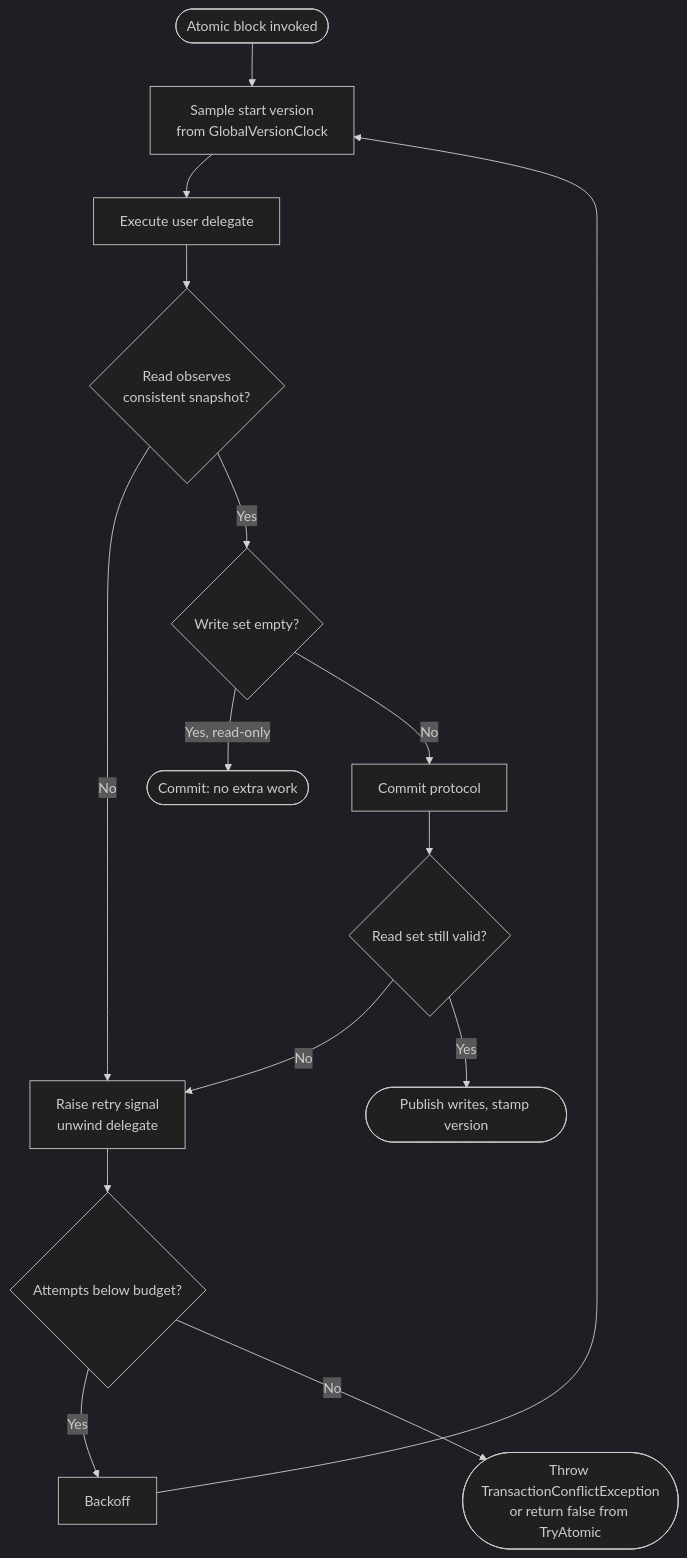
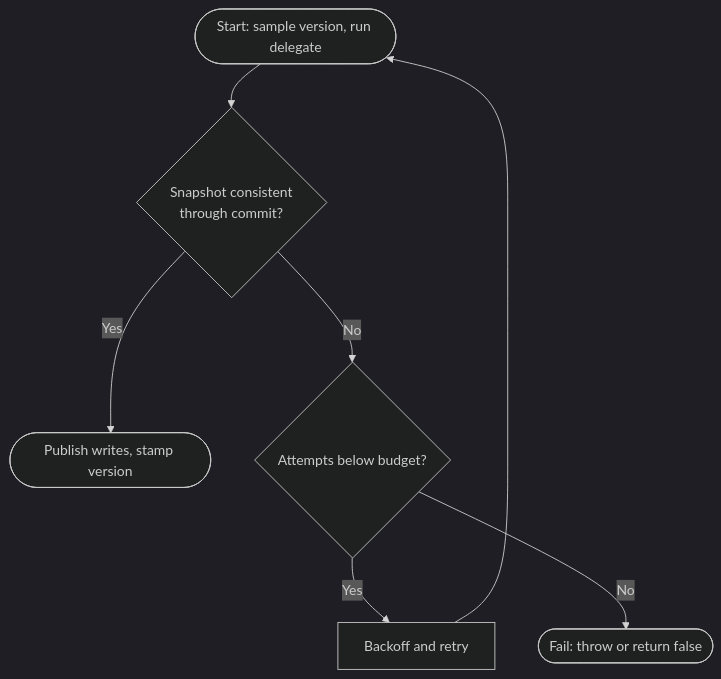
The diagram in docs/diagrams/transaction-lifecycle.mmd (engineering87/stmsharp), drawn with Mermaid (dark theme) before and after one commit. The commit also changed 8 other files, not shown here.

```diff
--- a/docs/diagrams/transaction-lifecycle.mmd
+++ b/docs/diagrams/transaction-lifecycle.mmd
@@ -1,14 +1,6 @@
 flowchart TD
-    A([Atomic block invoked]) --> B[Sample start version<br/>from GlobalVersionClock]
-    B --> C[Execute user delegate]
-    C --> D{Read observes<br/>consistent snapshot?}
-    D -->|No| R[Raise retry signal<br/>unwind delegate]
-    D -->|Yes| E{Write set empty?}
-    E -->|Yes, read-only| K([Commit: no extra work])
-    E -->|No| F[Commit protocol]
-    F --> G{Read set still valid?}
-    G -->|No| R
-    G -->|Yes| H([Publish writes, stamp version])
-    R --> I{Attempts below budget?}
-    I -->|Yes| J[Backoff] --> B
-    I -->|No| X([Throw TransactionConflictException<br/>or return false from TryAtomic])
+    A([Start: sample version, run delegate]) --> B{Snapshot consistent<br/>through commit?}
+    B -->|Yes| C([Publish writes, stamp version])
+    B -->|No| D{Attempts below budget?}
+    D -->|Yes| E[Backoff and retry] --> A
+    D -->|No| F([Fail: throw or return false])
```
